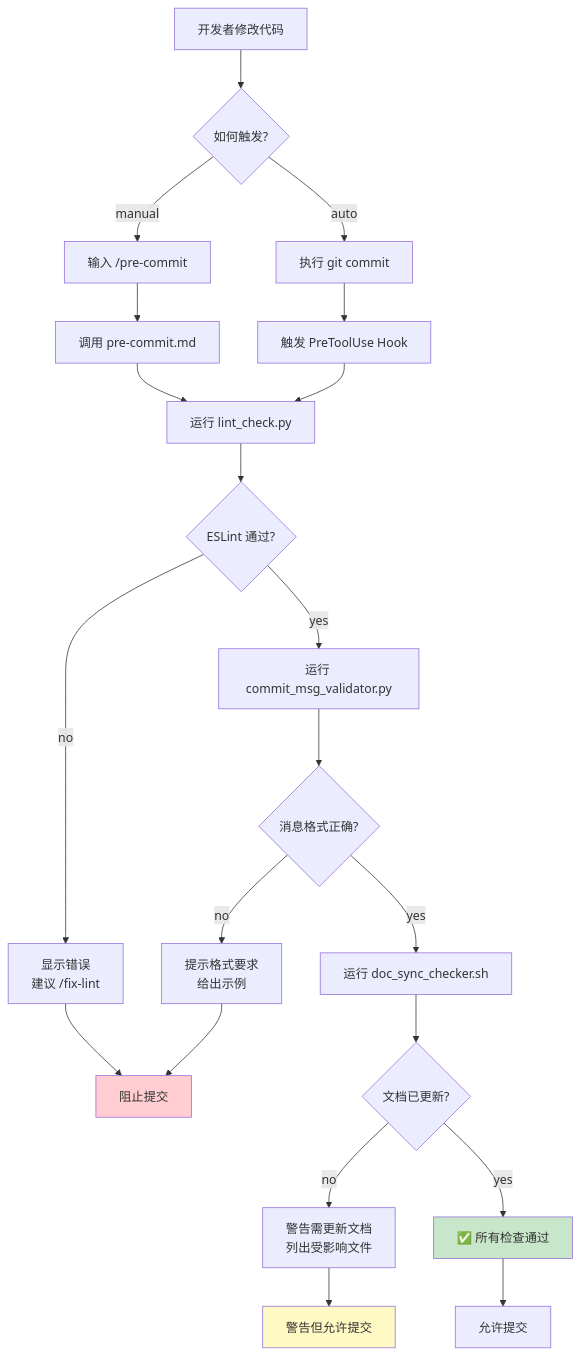
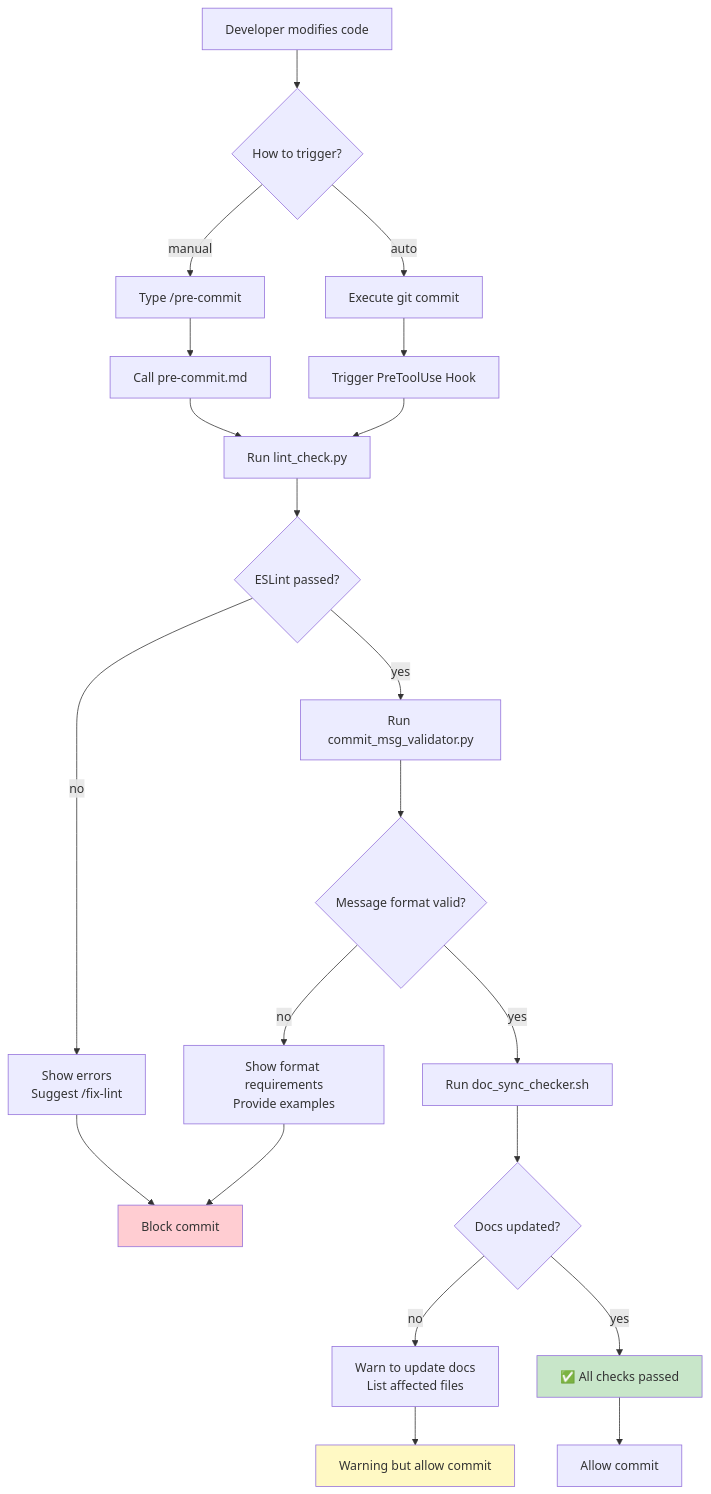
One commit to robinmin/surfing changed the first of 3 diagrams in contents/articles/cn/claude_code_plugins_02.md. Above: the diagram before and after it, drawn with Mermaid. The commit also changed other lines of this file and 1 other file, not shown here.

Commit message:
doc: add review revise on contents/articles/cn/claude_code_plugins_02.md

````diff
--- a/contents/articles/cn/claude_code_plugins_02.md
+++ b/contents/articles/cn/claude_code_plugins_02.md
@@ -160,34 +210,34 @@
 ```mermaid
 graph TD
-    A[开发者修改代码] --> B{如何触发?}
+    A[Developer modifies code] --> B{How to trigger?}
 
-    B -->|manual| C[输入 /pre-commit]
-    B -->|auto| D[执行 git commit]
+    B -->|manual| C["Type /pre-commit"]
+    B -->|auto| D["Execute git commit"]
 
-    C --> E[调用 pre-commit.md]
-    D --> F[触发 PreToolUse Hook]
+    C --> E["Call pre-commit.md"]
+    D --> F["Trigger PreToolUse Hook"]
 
-    E --> G[运行 lint_check.py]
+    E --> G["Run lint_check.py"]
     F --> G
 
-    G --> H{ESLint 通过?}
-    H -->|no| I[显示错误<br/>建议 /fix-lint]
-    H -->|yes| J[运行 commit_msg_validator.py]
+    G --> H{ESLint passed?}
+    H -->|no| I["Show errors<br/>Suggest /fix-lint"]
+    H -->|yes| J["Run commit_msg_validator.py"]
 
-    J --> K{消息格式正确?}
-    K -->|no| L[提示格式要求<br/>给出示例]
-    K -->|yes| M[运行 doc_sync_checker.sh]
+    J --> K{Message format valid?}
+    K -->|no| L["Show format requirements<br/>Provide examples"]
+    K -->|yes| M["Run doc_sync_checker.sh"]
 
-    M --> N{文档已更新?}
-    N -->|no| O[警告需更新文档<br/>列出受影响文件]
-    N -->|yes| P[✅ 所有检查通过]
+    M --> N{Docs updated?}
+    N -->|no| O["Warn to update docs<br/>List affected files"]
+    N -->|yes| P["✅ All checks passed"]
 
-    I --> Q[阻止提交]
+    I --> Q["Block commit"]
     L --> Q
-    O --> R[警告但允许提交]
-    P --> S[允许提交]
+    O --> R["Warning but allow commit"]
+    P --> S["Allow commit"]
 
     style P fill:#c8e6c9
     style Q fill:#ffcdd2
     style R fill:#fff9c4
 ```
````
